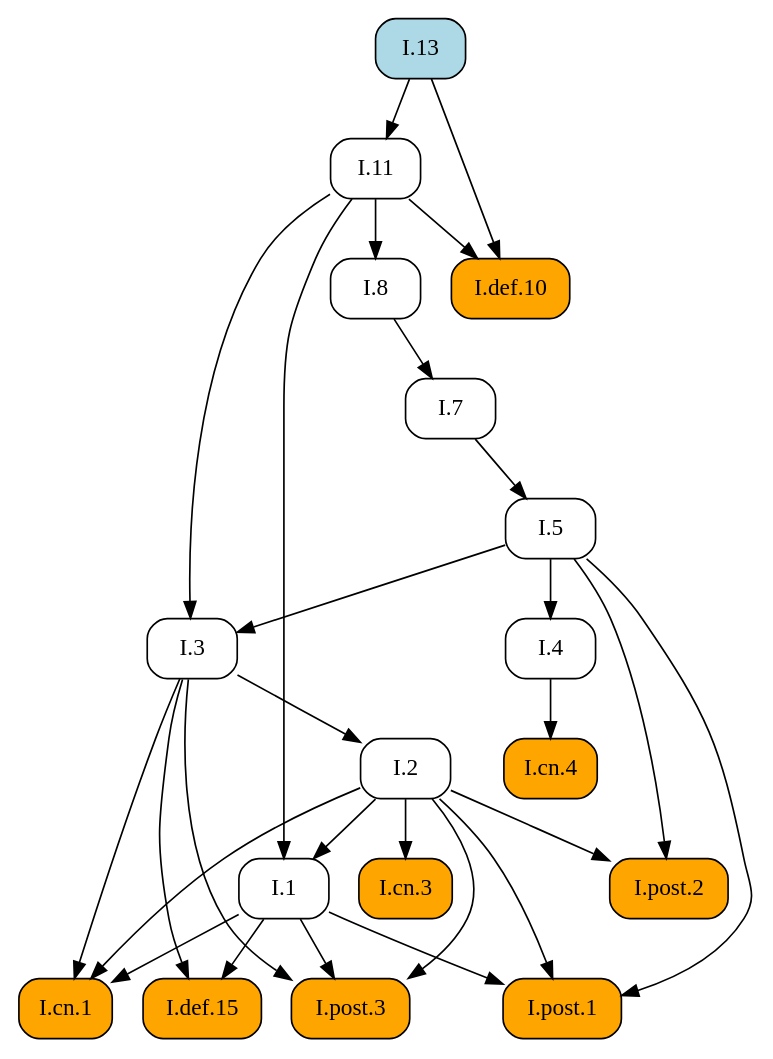
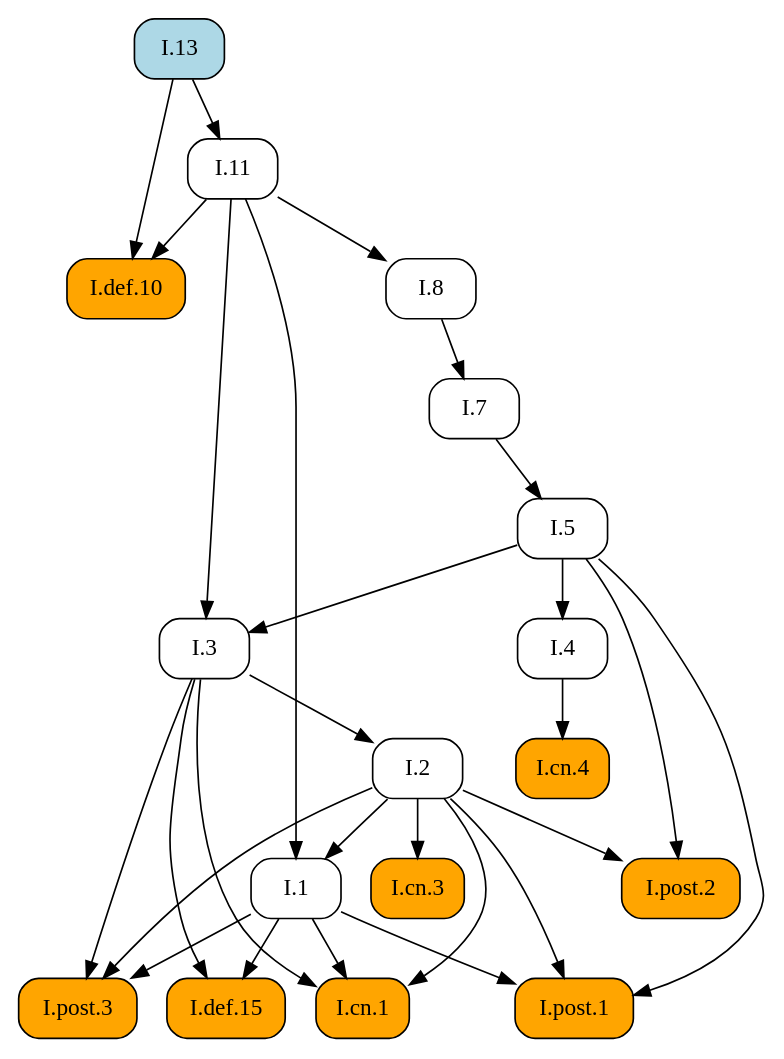
One commit to geometor/elements changed the diagram in docsrc/heath/I/13/index.rst. Above: the diagram before and after it, drawn with Graphviz. The commit also changed other lines of this file and 1029 other files, not shown here.

```diff
--- a/docsrc/heath/I/13/index.rst
+++ b/docsrc/heath/I/13/index.rst
@@ -71,50 +71,50 @@
 .. graphviz::
 
    digraph {
      rankdir="TB";
      node [shape=box, style=rounded];
+     "I.def.10" [style="rounded,filled", fillcolor=orange, URL="/heath/I/def.10/", target="_top"];
+     "I.11" [URL="/heath/I/11/", target="_top"];
+     "I.1" [URL="/heath/I/1/", target="_top"];
+     "I.7" [URL="/heath/I/7/", target="_top"];
+     "I.3" [URL="/heath/I/3/", target="_top"];
+     "I.2" [URL="/heath/I/2/", target="_top"];
+     "I.4" [URL="/heath/I/4/", target="_top"];
      "I.13" [style="rounded,filled", fillcolor=lightblue, URL="/heath/I/13/", target="_top"];
+     "I.post.2" [style="rounded,filled", fillcolor=orange, URL="/heath/I/post.2/", target="_top"];
+     "I.def.15" [style="rounded,filled", fillcolor=orange, URL="/heath/I/def.15/", target="_top"];
+     "I.post.3" [style="rounded,filled", fillcolor=orange, URL="/heath/I/post.3/", target="_top"];
+     "I.cn.1" [style="rounded,filled", fillcolor=orange, URL="/heath/I/cn.1/", target="_top"];
      "I.cn.3" [style="rounded,filled", fillcolor=orange, URL="/heath/I/cn.3/", target="_top"];
+     "I.8" [URL="/heath/I/8/", target="_top"];
+     "I.cn.4" [style="rounded,filled", fillcolor=orange, URL="/heath/I/cn.4/", target="_top"];
+     "I.post.1" [style="rounded,filled", fillcolor=orange, URL="/heath/I/post.1/", target="_top"];
      "I.5" [URL="/heath/I/5/", target="_top"];
-     "I.11" [URL="/heath/I/11/", target="_top"];
-     "I.7" [URL="/heath/I/7/", target="_top"];
-     "I.4" [URL="/heath/I/4/", target="_top"];
-     "I.3" [URL="/heath/I/3/", target="_top"];
-     "I.8" [URL="/heath/I/8/", target="_top"];
-     "I.def.10" [style="rounded,filled", fillcolor=orange, URL="/heath/I/def.10/", target="_top"];
-     "I.post.2" [style="rounded,filled", fillcolor=orange, URL="/heath/I/post.2/", target="_top"];
-     "I.2" [URL="/heath/I/2/", target="_top"];
-     "I.def.15" [style="rounded,filled", fillcolor=orange, URL="/heath/I/def.15/", target="_top"];
-     "I.1" [URL="/heath/I/1/", target="_top"];
-     "I.post.3" [style="rounded,filled", fillcolor=orange, URL="/heath/I/post.3/", target="_top"];
-     "I.post.1" [style="rounded,filled", fillcolor=orange, URL="/heath/I/post.1/", target="_top"];
-     "I.cn.4" [style="rounded,filled", fillcolor=orange, URL="/heath/I/cn.4/", target="_top"];
-     "I.cn.1" [style="rounded,filled", fillcolor=orange, URL="/heath/I/cn.1/", target="_top"];
-     "I.2" -> "I.cn.3";
-     "I.7" -> "I.5";
+     "I.11" -> "I.def.10";
+     "I.13" -> "I.def.10";
      "I.13" -> "I.11";
+     "I.2" -> "I.1";
+     "I.11" -> "I.1";
      "I.8" -> "I.7";
-     "I.5" -> "I.4";
      "I.5" -> "I.3";
      "I.11" -> "I.3";
-     "I.11" -> "I.8";
-     "I.11" -> "I.def.10";
-     "I.13" -> "I.def.10";
+     "I.3" -> "I.2";
+     "I.5" -> "I.4";
      "I.2" -> "I.post.2";
      "I.5" -> "I.post.2";
-     "I.3" -> "I.2";
      "I.1" -> "I.def.15";
      "I.3" -> "I.def.15";
-     "I.2" -> "I.1";
-     "I.11" -> "I.1";
      "I.1" -> "I.post.3";
      "I.2" -> "I.post.3";
      "I.3" -> "I.post.3";
+     "I.1" -> "I.cn.1";
+     "I.2" -> "I.cn.1";
+     "I.3" -> "I.cn.1";
+     "I.2" -> "I.cn.3";
+     "I.11" -> "I.8";
+     "I.4" -> "I.cn.4";
      "I.1" -> "I.post.1";
      "I.2" -> "I.post.1";
      "I.5" -> "I.post.1";
-     "I.4" -> "I.cn.4";
-     "I.1" -> "I.cn.1";
-     "I.2" -> "I.cn.1";
-     "I.3" -> "I.cn.1";
+     "I.7" -> "I.5";
    }
```
